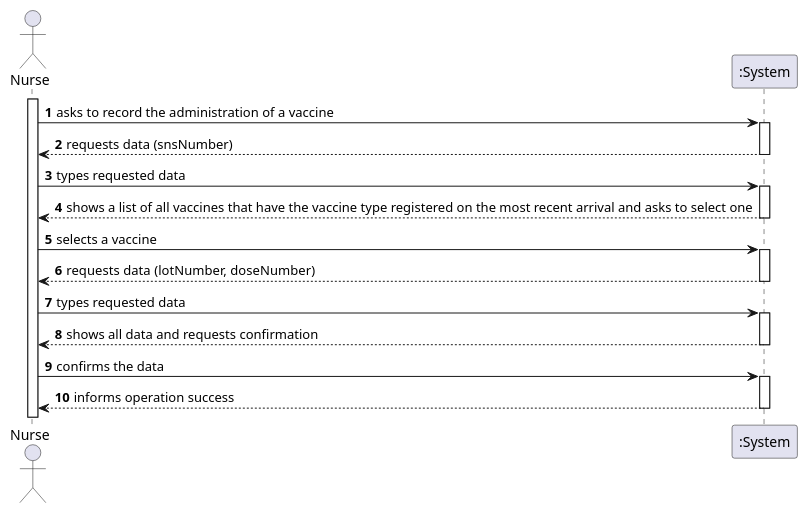
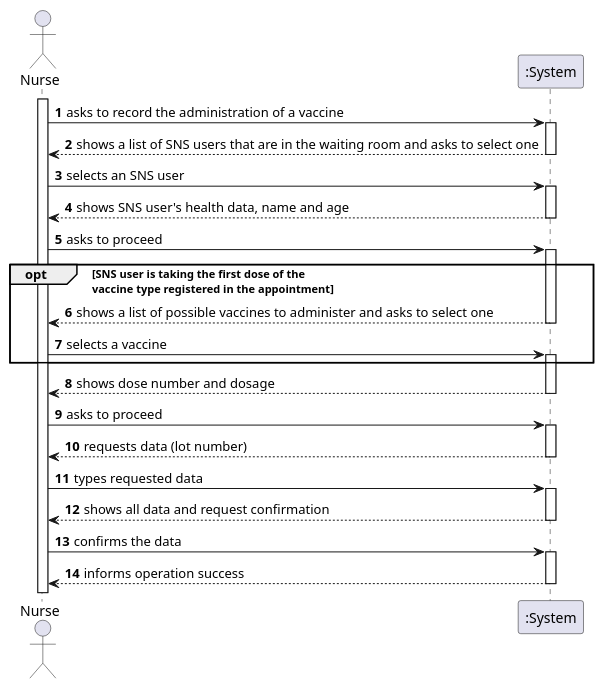
Before and after one commit to miseEnPlace-i/lapr2: the diagram in docs/SprintD/US08/SSD/US08_SSD.puml, drawn with PlantUML. The commit also changed 1 other file, not shown here.

```diff
--- a/docs/SprintD/US08/SSD/US08_SSD.puml
+++ b/docs/SprintD/US08/SSD/US08_SSD.puml
@@ -1,32 +1,44 @@
 @startuml US08_SSD
 autonumber
 actor "Nurse" as nurse
 
 activate nurse
 
 nurse -> ":System" : asks to record the administration of a vaccine
 activate ":System"
-  ":System" --> nurse : requests data (snsNumber)
+  ":System" --> nurse : shows a list of SNS users that are in the waiting room and asks to select one
+deactivate ":System"
+
+nurse -> ":System" : selects an SNS user
+activate ":System"
+  ":System" --> nurse : shows SNS user's health data, name and age
+deactivate ":System"
+
+nurse -> ":System" : asks to proceed
+opt SNS user is taking the first dose of the\nvaccine type registered in the appointment
+  activate ":System"
+    ":System" --> nurse : shows a list of possible vaccines to administer and asks to select one
+  deactivate ":System"
+
+  nurse -> ":System" : selects a vaccine
+  activate ":System"
+end
+  ":System" --> nurse : shows dose number and dosage
+deactivate ":System"
+
+nurse -> ":System" : asks to proceed
+activate ":System"
+  ":System" --> nurse : requests data (lot number)
 deactivate ":System"
 
 nurse -> ":System" : types requested data
 activate ":System"
-  ":System" --> nurse : shows a list of all vaccines that have the vaccine type registered on the most recent arrival and asks to select one
-deactivate ":System"
-
-nurse -> ":System" : selects a vaccine
-activate ":System"
-  ":System" --> nurse : requests data (lotNumber, doseNumber)
-deactivate ":System"
-
-nurse -> ":System" : types requested data
-activate ":System"
-  ":System" --> nurse : shows all data and requests confirmation
+  ":System" --> nurse : shows all data and request confirmation
 deactivate ":System"
 
 nurse -> ":System" : confirms the data
 activate ":System"
   ":System" --> nurse : informs operation success
 deactivate ":System"
 
 @enduml
```
